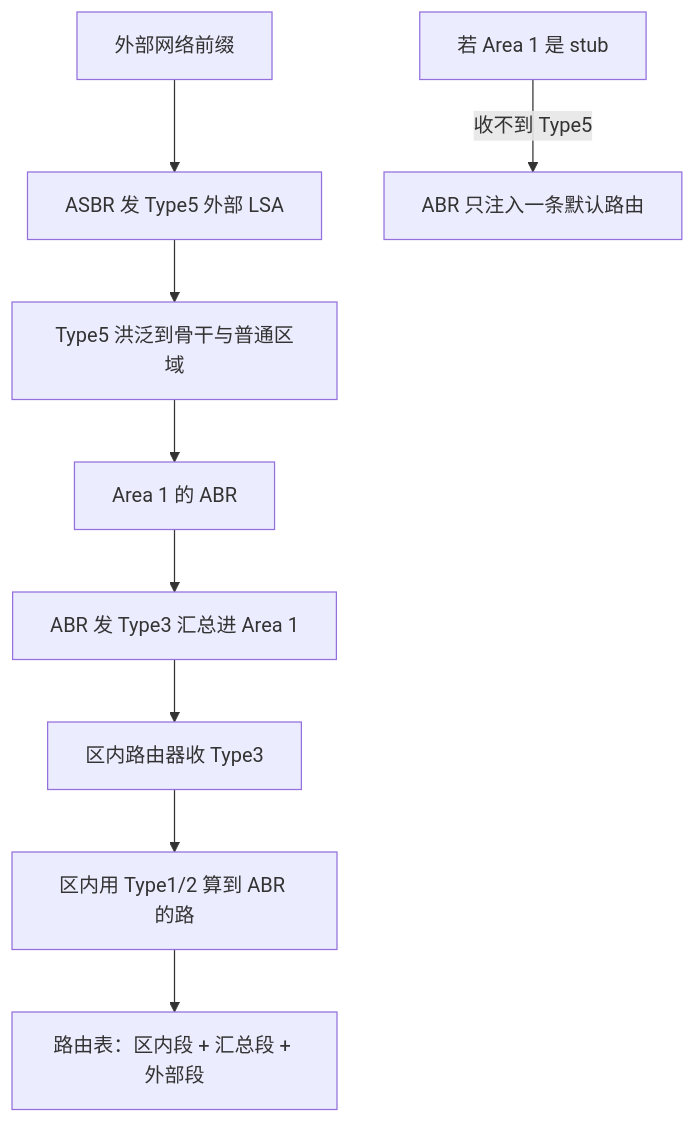
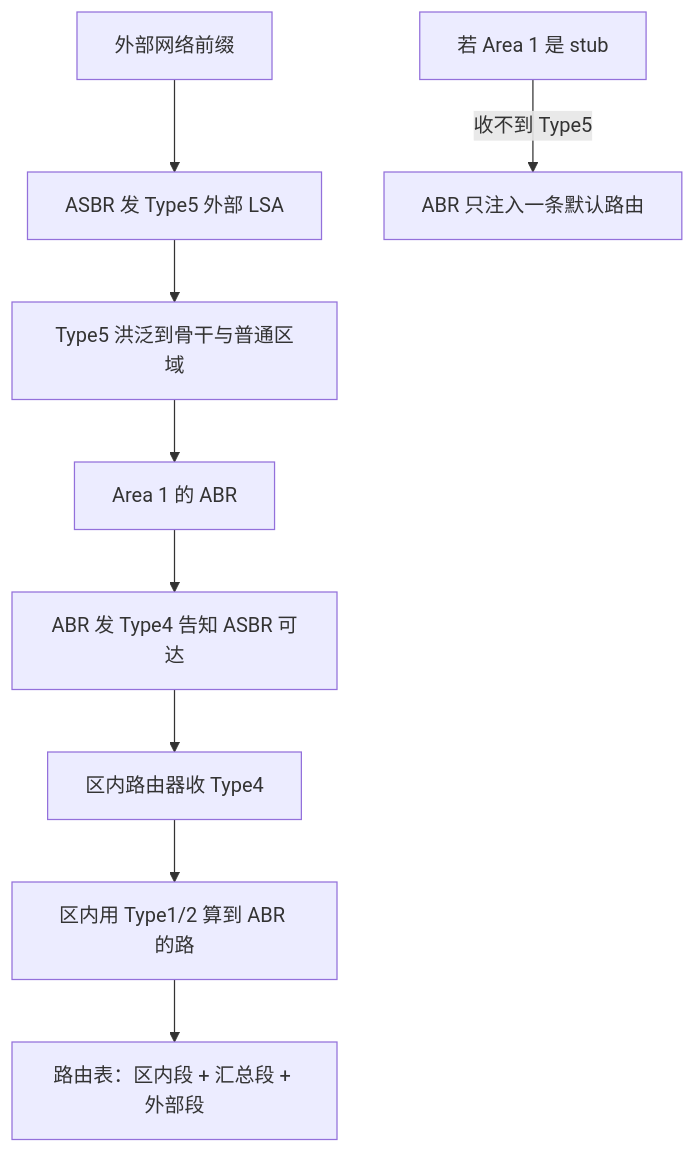
One commit to xhongduo-tech/xhongduo-tech.github.io changed the second of 2 diagrams in docs/cs/ospf-areas-lsa.md. Above: the diagram before and after it, drawn with Mermaid. The commit also changed other lines of this file and 3 other files, not shown here.

````diff
--- a/docs/cs/ospf-areas-lsa.md
+++ b/docs/cs/ospf-areas-lsa.md
@@ -50,11 +50,11 @@
 ```mermaid
 flowchart TD
   EXT["外部网络前缀"] --> ASBR["ASBR 发 Type5 外部 LSA"]
   ASBR --> FLOOD["Type5 洪泛到骨干与普通区域"]
   FLOOD --> ABR["Area 1 的 ABR"]
-  ABR --> T3["ABR 发 Type3 汇总进 Area 1"]
-  T3 --> R1["区内路由器收 Type3"]
+  ABR --> T4["ABR 发 Type4 告知 ASBR 可达"]
+  T4 --> R1["区内路由器收 Type4"]
   R1 --> SPF["区内用 Type1/2 算到 ABR 的路"]
   SPF --> RT["路由表：区内段 + 汇总段 + 外部段"]
   STUB["若 Area 1 是 stub"] -->|"收不到 Type5"| DEF["ABR 只注入一条默认路由"]
 ```
````
